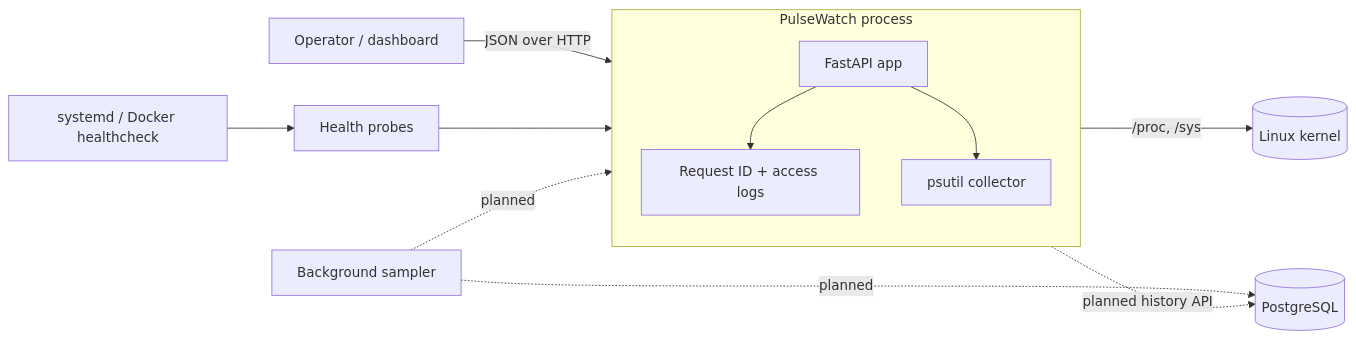
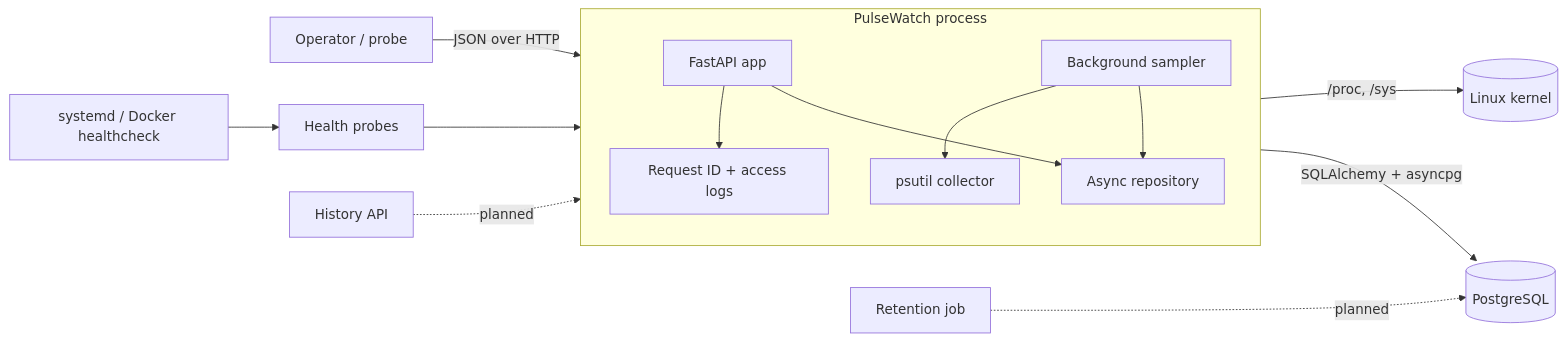
One commit to sirsona/pulsewatch changed the diagram in README.md. Above: the diagram before and after it, drawn with Mermaid. The commit also changed other lines of this file and 6 other files, not shown here.

````diff
--- a/README.md
+++ b/README.md
@@ -57,21 +66,25 @@
 ```mermaid
 flowchart LR
-    client[Operator / dashboard] -->|JSON over HTTP| api
+    client[Operator / probe] -->|JSON over HTTP| api
 
     subgraph process["PulseWatch process"]
         direction TB
         api[FastAPI app]
         middleware[Request ID + access logs]
+        sampler[Background sampler]
         collector[psutil collector]
+        repository[Async repository]
         api --> middleware
-        api --> collector
+        sampler --> collector
+        sampler --> repository
+        api --> repository
     end
 
     collector -->|/proc, /sys| kernel[(Linux kernel)]
+    repository -->|SQLAlchemy + asyncpg| postgres[(PostgreSQL)]
     probes[systemd / Docker healthcheck] --> health[Health probes]
     health --> api
 
-    sampler[Background sampler] -. planned .-> collector
-    sampler -. planned .-> postgres[(PostgreSQL)]
-    api -. planned history API .-> postgres
+    history[History API] -. planned .-> repository
+    retention[Retention job] -. planned .-> postgres
 ```
````
